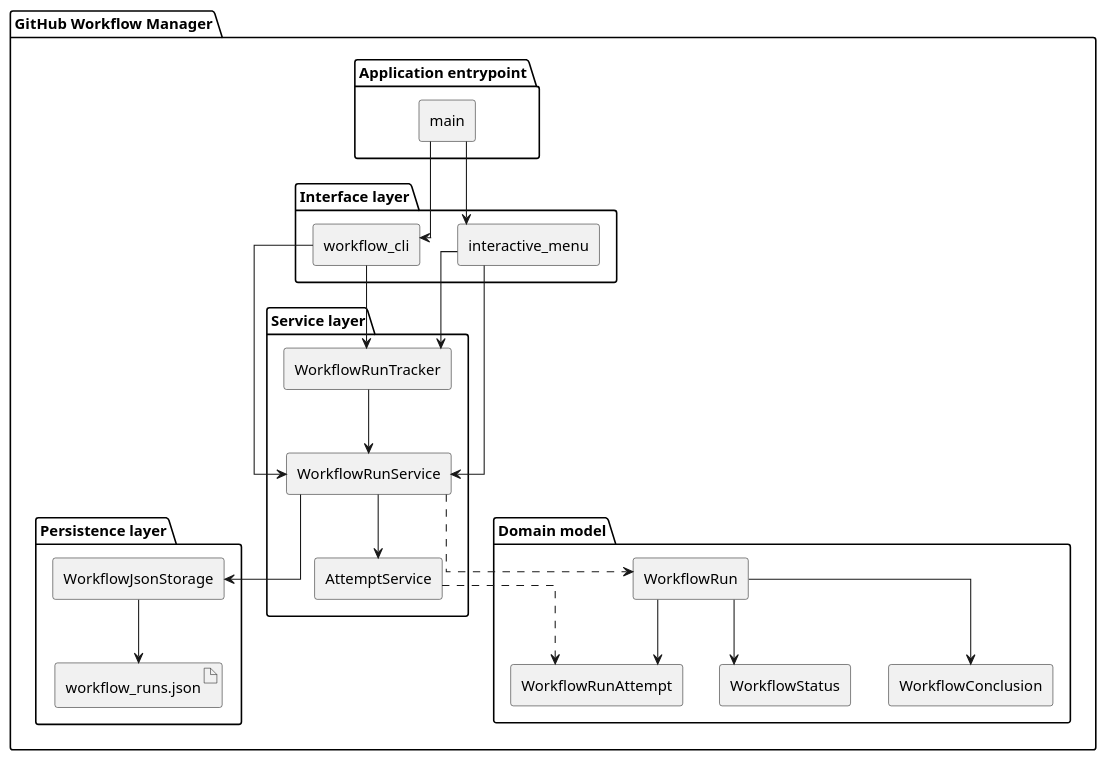
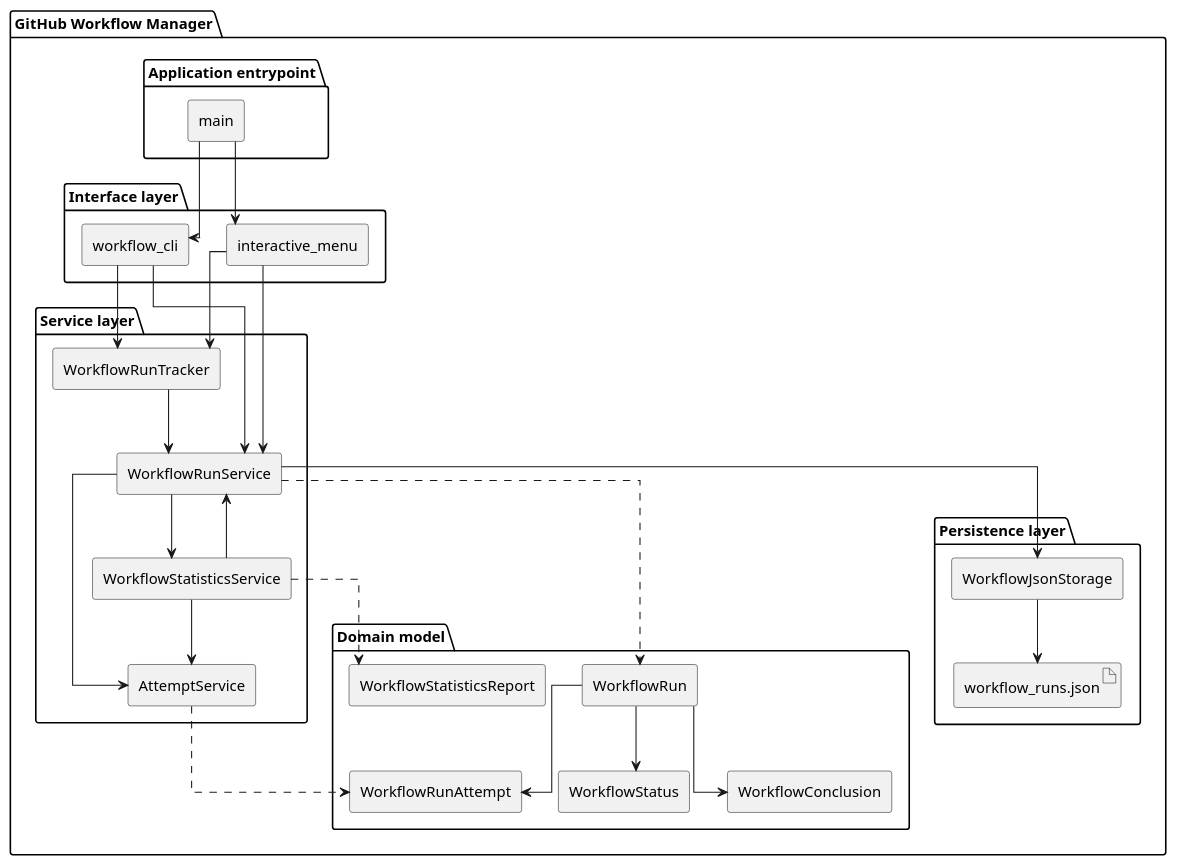
The diagram in experiments/pipeline/test_driven/github-workflow-manager/artifacts/component_diagram.puml (DanielRiha8906/Software_autoevolution_using_agents), drawn with PlantUML before and after one commit. The commit also changed 8 other files, not shown here.

```diff
--- a/experiments/pipeline/test_driven/github-workflow-manager/artifacts/component_diagram.puml
+++ b/experiments/pipeline/test_driven/github-workflow-manager/artifacts/component_diagram.puml
@@ -1,59 +1,66 @@
 @startuml component_diagram
 
 skinparam componentStyle rectangle
 skinparam linetype ortho
 top to bottom direction
 
 package "GitHub Workflow Manager" {
 
   package "Application entrypoint" {
     component "main" as MAIN
   }
 
   package "Interface layer" {
     component "workflow_cli" as CLI
     component "interactive_menu" as IM
   }
 
   package "Service layer" {
     component "WorkflowRunTracker" as TRACKER
     component "WorkflowRunService" as SVC
     component "AttemptService" as ATTEMPT_SVC
+    component "WorkflowStatisticsService" as STATS_SVC
   }
 
   package "Persistence layer" {
     component "WorkflowJsonStorage" as STOR
     artifact "workflow_runs.json" as JSON_FILE
   }
 
   package "Domain model" {
     component "WorkflowRun" as RUN
     component "WorkflowRunAttempt" as ATTEMPT
     component "WorkflowStatus" as STATUS
     component "WorkflowConclusion" as CONCLUSION
+    component "WorkflowStatisticsReport" as STATS_REPORT
   }
 }
 
 MAIN --> CLI
 MAIN --> IM
 
 CLI --> TRACKER
 IM --> TRACKER
 
 CLI --> SVC
 IM --> SVC
 
 TRACKER --> SVC
 SVC --> STOR
 STOR --> JSON_FILE
 
 SVC --> ATTEMPT_SVC
+SVC --> STATS_SVC
 
 SVC ..> RUN
 RUN --> ATTEMPT
 RUN --> STATUS
 RUN --> CONCLUSION
 
 ATTEMPT_SVC ..> ATTEMPT
 
+STATS_SVC --> SVC
+STATS_SVC --> ATTEMPT_SVC
+STATS_SVC ..> STATS_REPORT
+
 @enduml
```
